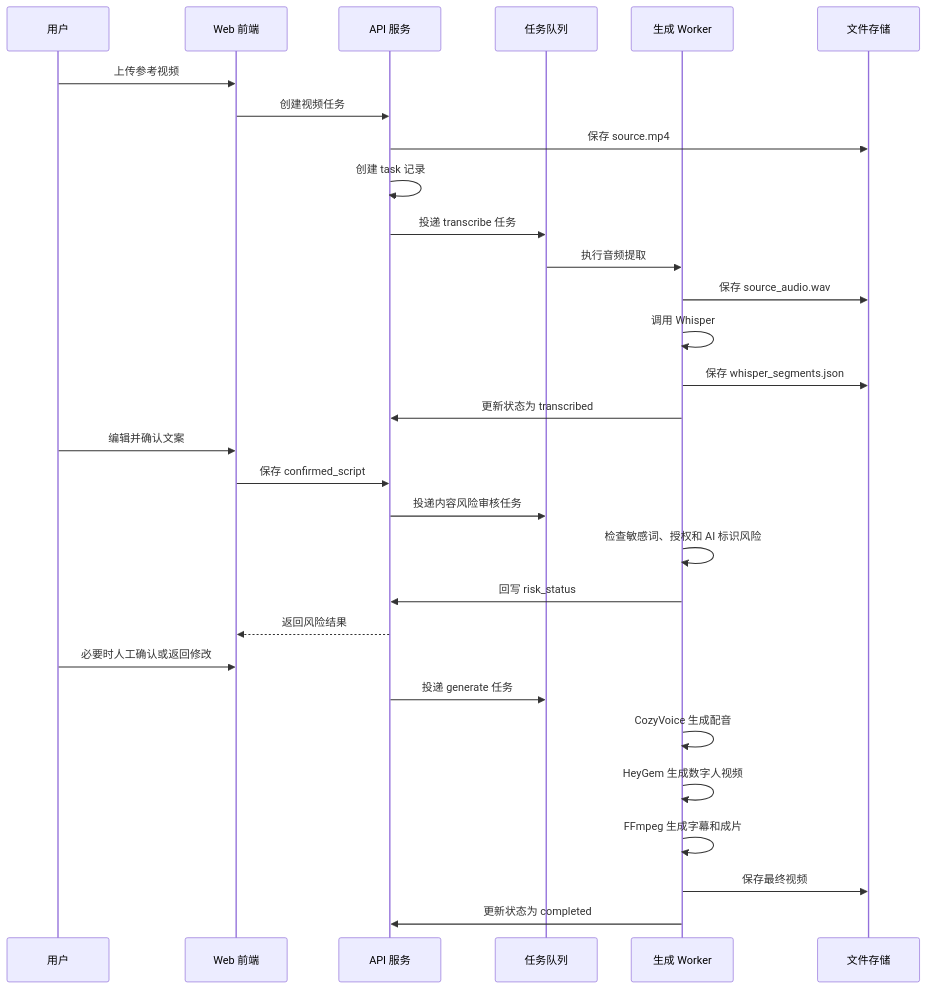
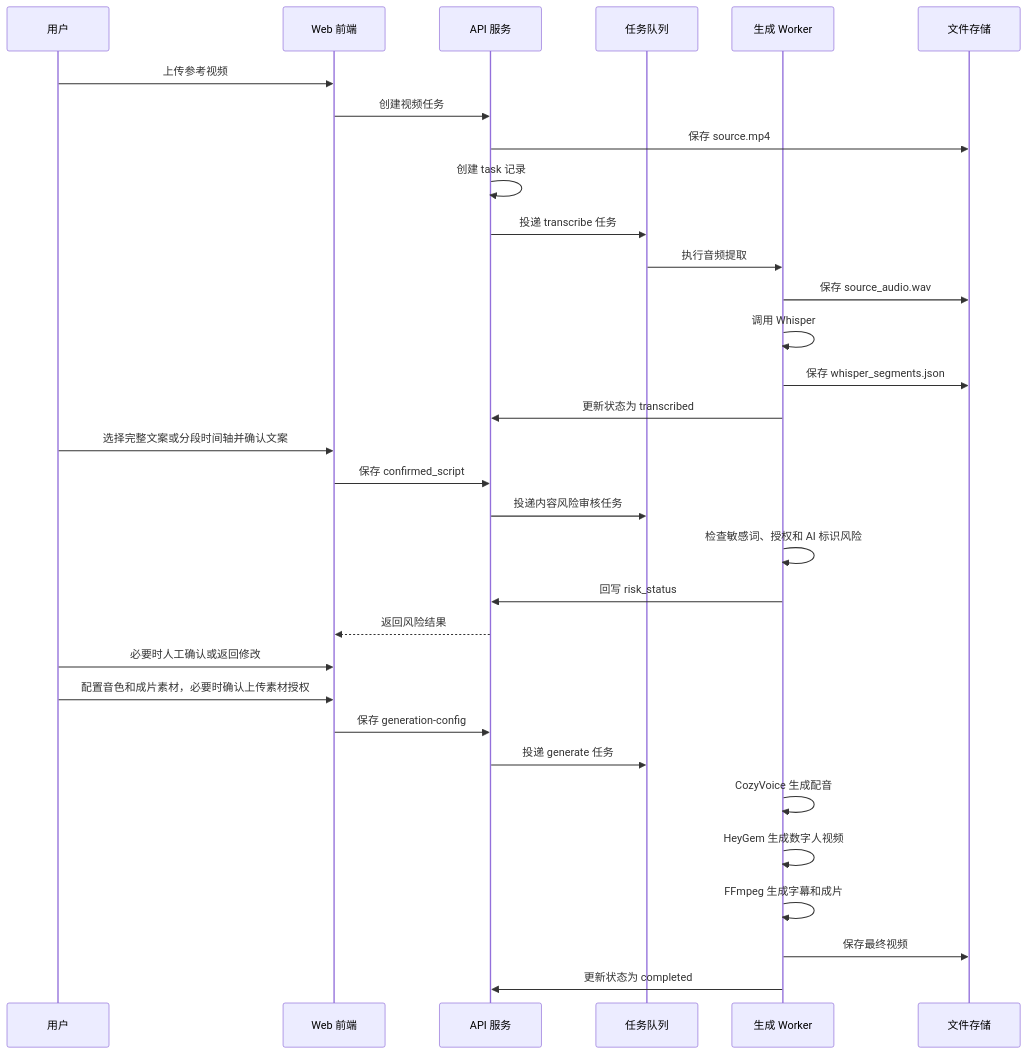
The second of 7 diagrams in docs/technical-architecture.md (AlphaSphere/DigitalHuman), drawn with Mermaid before and after one commit. The commit also changed other lines of this file and 11 other files, not shown here.

Commit message:
Update generation flow and docs alignment

````diff
--- a/docs/technical-architecture.md
+++ b/docs/technical-architecture.md
@@ -177,33 +178,35 @@
 ```mermaid
 sequenceDiagram
   participant U as 用户
   participant W as Web 前端
   participant A as API 服务
   participant Q as 任务队列
   participant G as 生成 Worker
   participant S as 文件存储
 
   U->>W: 上传参考视频
   W->>A: 创建视频任务
   A->>S: 保存 source.mp4
   A->>A: 创建 task 记录
   A->>Q: 投递 transcribe 任务
   Q->>G: 执行音频提取
   G->>S: 保存 source_audio.wav
   G->>G: 调用 Whisper
   G->>S: 保存 whisper_segments.json
   G->>A: 更新状态为 transcribed
-  U->>W: 编辑并确认文案
+  U->>W: 选择完整文案或分段时间轴并确认文案
   W->>A: 保存 confirmed_script
   A->>Q: 投递内容风险审核任务
   G->>G: 检查敏感词、授权和 AI 标识风险
   G->>A: 回写 risk_status
   A-->>W: 返回风险结果
   U->>W: 必要时人工确认或返回修改
+  U->>W: 配置音色和成片素材，必要时确认上传素材授权
+  W->>A: 保存 generation-config
   A->>Q: 投递 generate 任务
   G->>G: CozyVoice 生成配音
   G->>G: HeyGem 生成数字人视频
   G->>G: FFmpeg 生成字幕和成片
   G->>S: 保存最终视频
   G->>A: 更新状态为 completed
 ```
````
